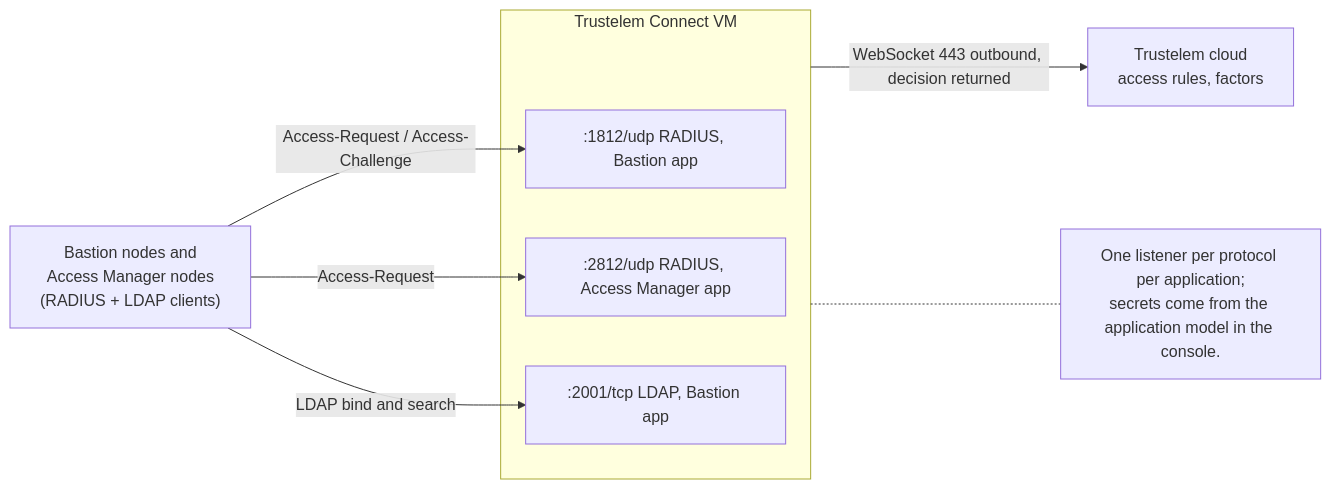
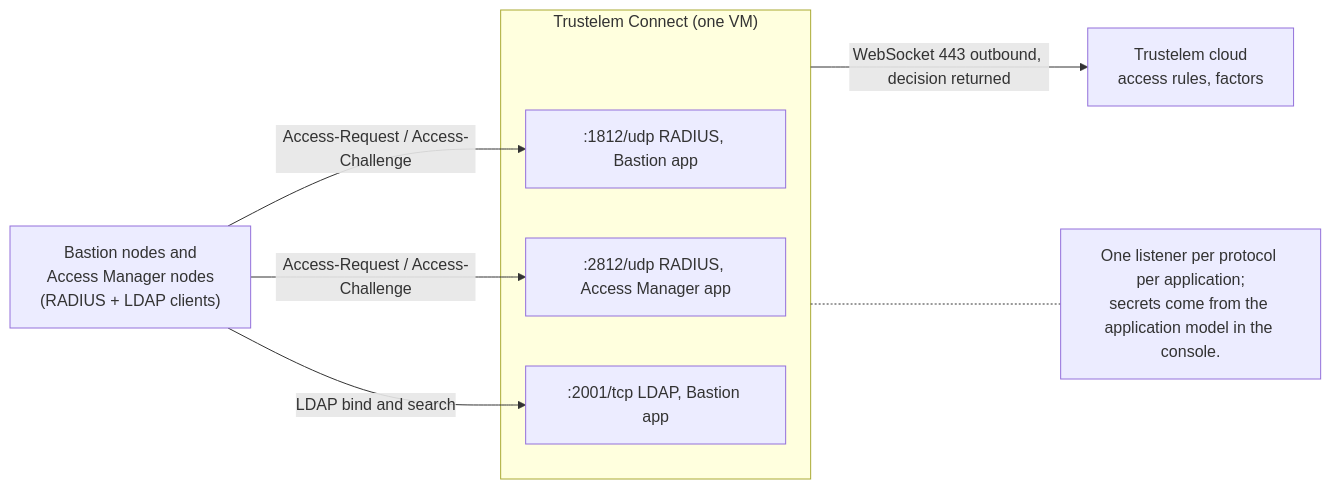
The diagram in tools/diagrams/10-connect-listeners.mmd (morandeirachema/Trustelem-), drawn with Mermaid before and after one commit. The commit also changed 19 other files, not shown here.

Commit message:
Audit pass 2: diagrams synced with text, AM RADIUS listener 2812, Authentication domain name rule, gap B7

```diff
--- a/tools/diagrams/10-connect-listeners.mmd
+++ b/tools/diagrams/10-connect-listeners.mmd
@@ -1,14 +1,14 @@
 flowchart LR
     CL["Bastion nodes and<br/>Access Manager nodes<br/>(RADIUS + LDAP clients)"]
-    subgraph TC["Trustelem Connect VM"]
+    subgraph TC["Trustelem Connect (one VM)"]
         L1[":1812/udp RADIUS, Bastion app"]
         L2[":2812/udp RADIUS, Access Manager app"]
         L3[":2001/tcp LDAP, Bastion app"]
     end
     T["Trustelem cloud<br/>access rules, factors"]
     CL -->|Access-Request / Access-Challenge| L1
-    CL -->|Access-Request| L2
+    CL -->|Access-Request / Access-Challenge| L2
     CL -->|LDAP bind and search| L3
     TC -->|WebSocket 443 outbound, decision returned| T
     NOTE["One listener per protocol per application;<br/>secrets come from the application model in the console."]
     TC -.- NOTE
```
